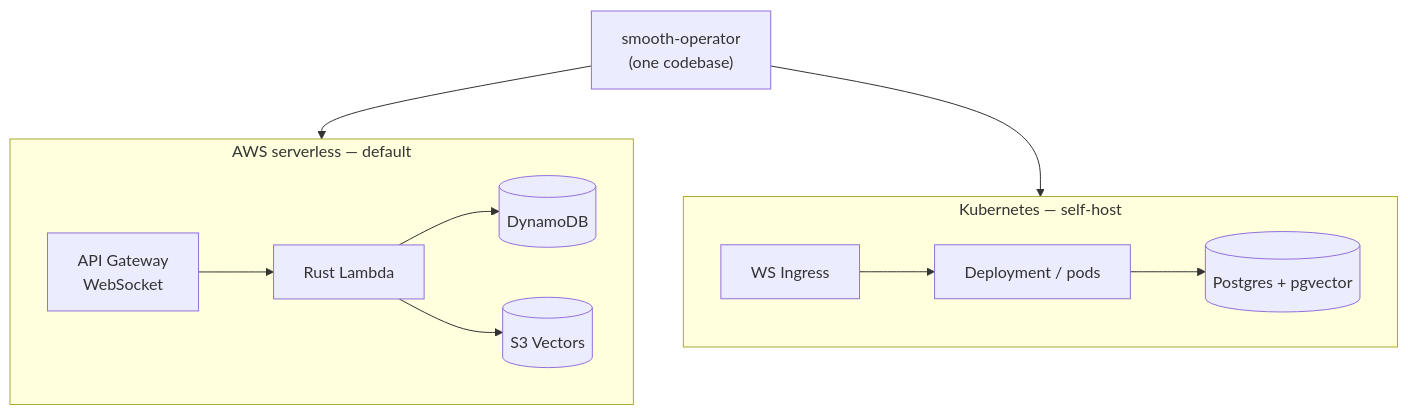
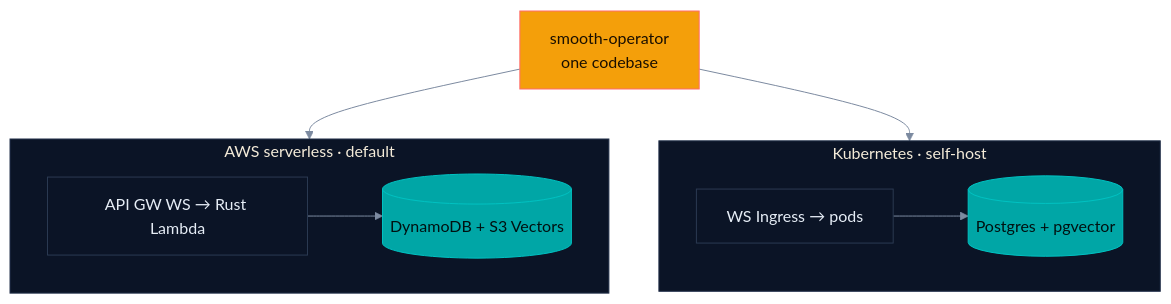
One commit to SmooAI/smooth-operator changed the fifth of 5 diagrams in README.md. Above: the diagram before and after it, drawn with Mermaid. The commit also changed other lines of this file and 8 other files, not shown here.

Commit message:
chore: glow up README + diagrams — hero banner, marketing callout (#6)

````diff
--- a/README.md
+++ b/README.md
@@ -284,17 +291,23 @@
 ```mermaid
+%%{init: {'theme':'base','themeVariables':{
+  'background':'#020618','primaryColor':'#0b1426','primaryTextColor':'#e6edf6','primaryBorderColor':'#2b3a52',
+  'lineColor':'#7c8aa0','secondaryColor':'#0b1426','tertiaryColor':'#0b1426','fontFamily':'ui-sans-serif, system-ui, sans-serif',
+  'clusterBkg':'#0b1426','clusterBorder':'#22304a'}}}%%
 flowchart TB
-  CODE["smooth-operator<br/>(one codebase)"]
+  CODE["smooth-operator<br/>one codebase"]
   CODE --> SST
   CODE --> K8S
 
-  subgraph SST["AWS serverless — default"]
-    AGW["API Gateway<br/>WebSocket"] --> LAM["Rust Lambda"]
-    LAM --> DDB[("DynamoDB")]
-    LAM --> S3V[("S3 Vectors")]
+  subgraph SST["AWS serverless · default"]
+    LAM["API GW WS → Rust Lambda"] --> AWSDB[("DynamoDB + S3 Vectors")]
   end
 
-  subgraph K8S["Kubernetes — self-host"]
-    ING["WS Ingress"] --> POD["Deployment / pods"]
-    POD --> PG[("Postgres + pgvector")]
+  subgraph K8S["Kubernetes · self-host"]
+    POD["WS Ingress → pods"] --> PG[("Postgres + pgvector")]
   end
+
+  classDef warm fill:#f49f0a,stroke:#ff6b6c,color:#1a0f00;
+  classDef teal fill:#00a6a6,stroke:#00c2c2,color:#011;
+  class CODE warm
+  class AWSDB,PG teal
 ```
````
